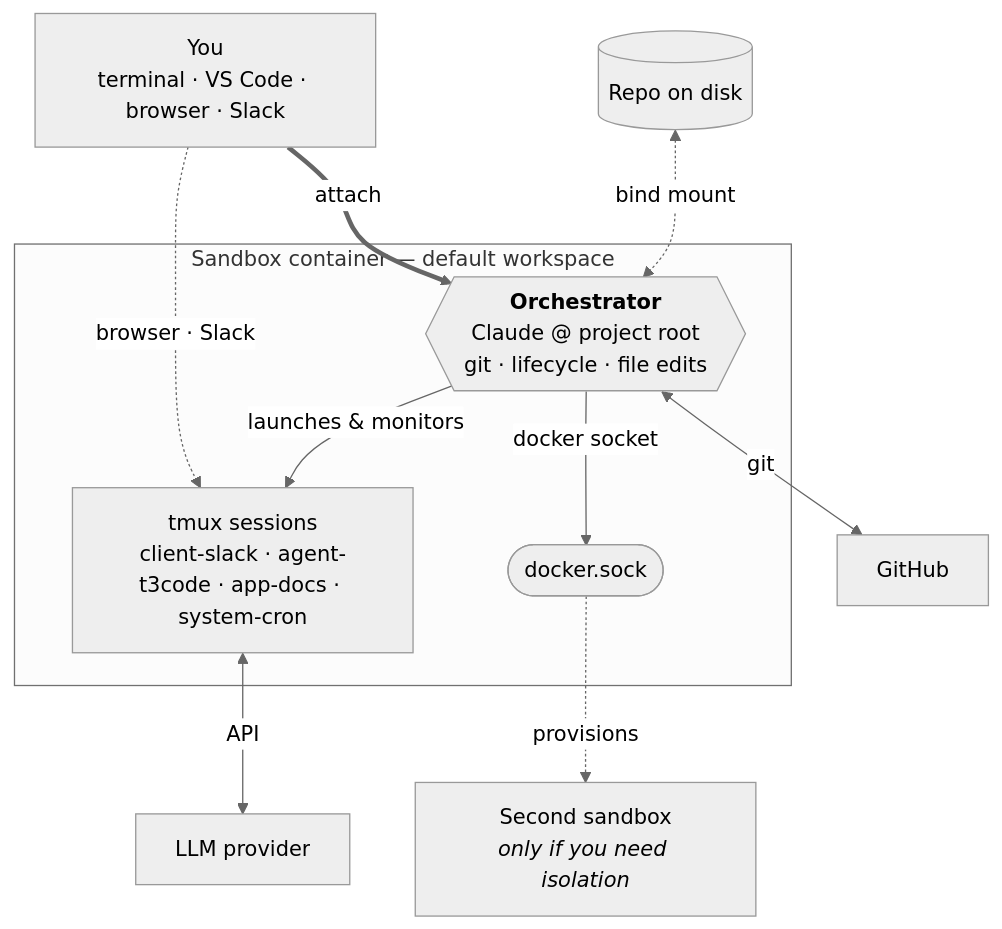
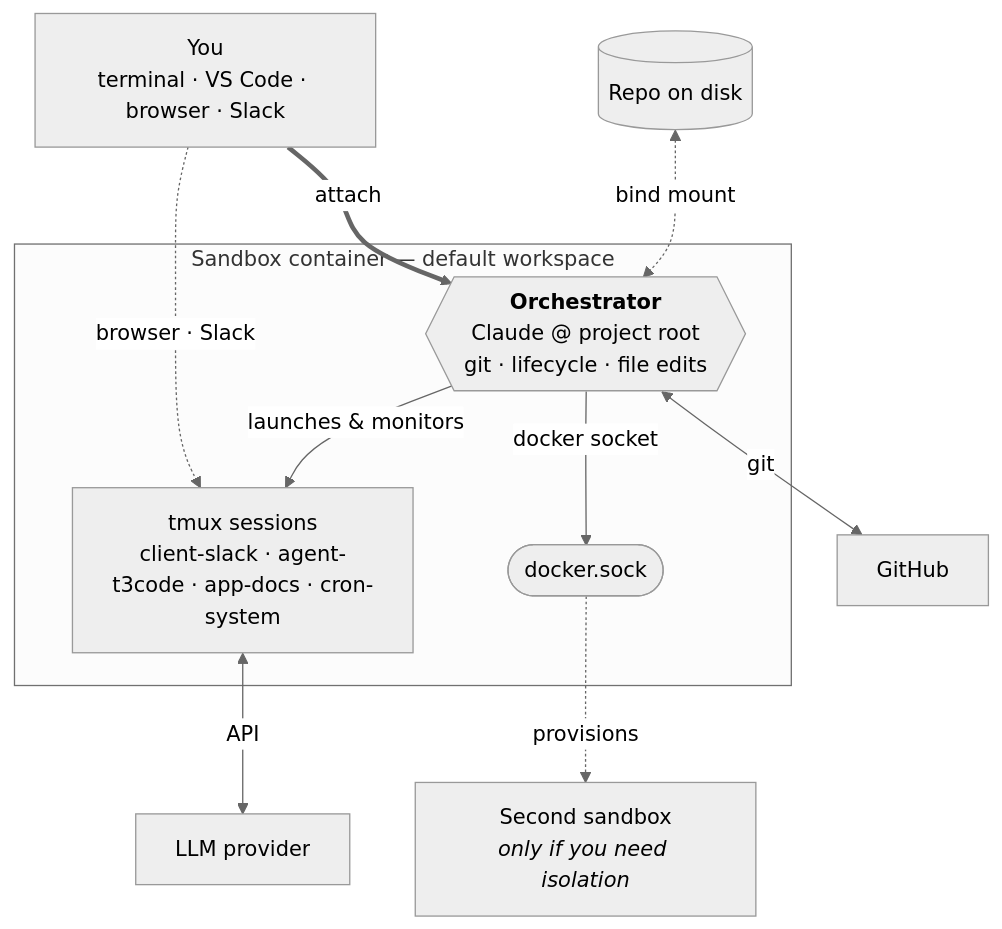
One commit to mifunedev/openharness changed the diagram in docs/intro.md. Above: the diagram before and after it, drawn with Mermaid (neutral theme). The commit also changed other lines of this file and 12 other files, not shown here.

Commit message:
fix: prefix cron tmux sessions

````diff
--- a/docs/intro.md
+++ b/docs/intro.md
@@ -33,24 +33,24 @@
 ```mermaid
 flowchart TB
     You["You<br/>terminal · VS Code · browser · Slack"]
     Repo[("Repo on disk")]
     GH["GitHub"]
     LLM["LLM provider"]
 
     subgraph sandbox["Sandbox container — default workspace"]
         Orch{{"<b>Orchestrator</b><br/>Claude @ project root<br/>git · lifecycle · file edits"}}
-        Tmux["tmux sessions<br/>client-slack · agent-t3code · app-docs · system-cron"]
+        Tmux["tmux sessions<br/>client-slack · agent-t3code · app-docs · cron-system"]
         Sock(["docker.sock"])
     end
 
     Sb2["Second sandbox<br/><i>only if you need isolation</i>"]
 
     You ==>|attach| Orch
     You -.->|browser · Slack| Tmux
     Repo <-.->|bind mount| Orch
     Orch -->|launches & monitors| Tmux
     Orch <-->|git| GH
     Tmux <-->|API| LLM
     Orch -->|docker socket| Sock
     Sock -.->|provisions| Sb2
 ```
````
